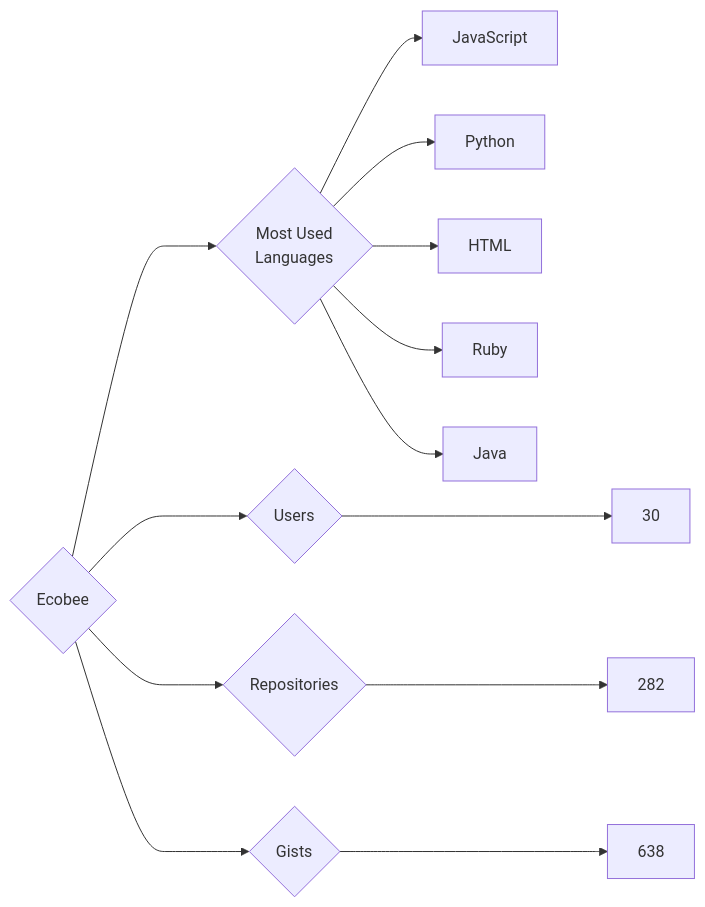
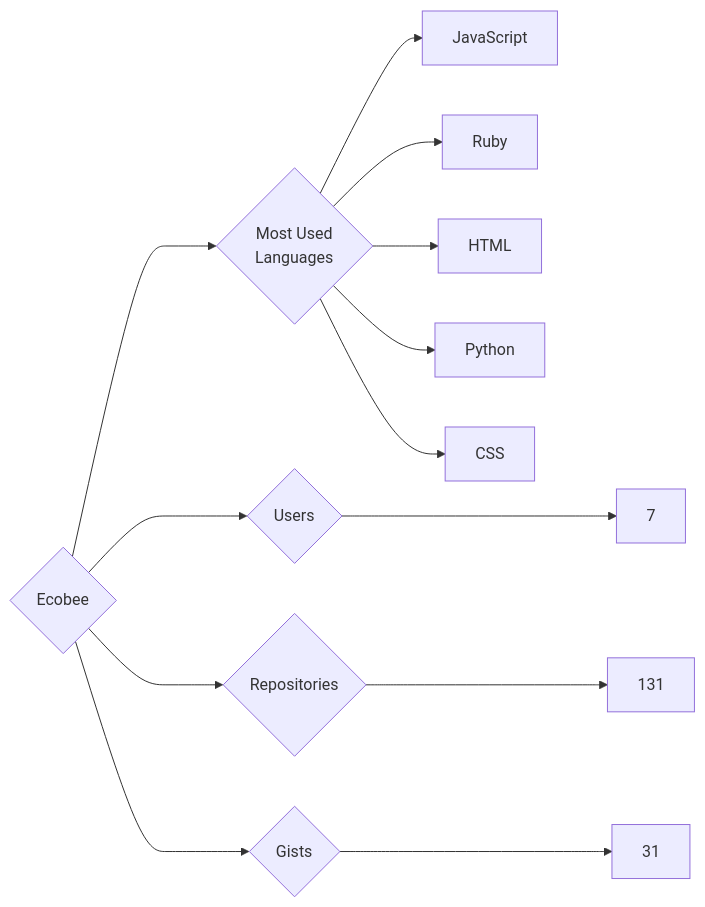
The diagram in targets/Ecobee/README.md (trickest/insiders), drawn with Mermaid before and after one commit. The commit also changed 1084 other files, not shown here.

````diff
--- a/targets/Ecobee/README.md
+++ b/targets/Ecobee/README.md
@@ -3,13 +3,13 @@
 ```mermaid
 graph LR
 COMPANY_NAME{Ecobee}
-COMPANY_NAME ---> U{Users} ---> UN[30]
-COMPANY_NAME ---> R{Repositories} ---> RN[282]
-COMPANY_NAME ---> G{Gists} ---> GN[638]
+COMPANY_NAME ---> U{Users} ---> UN[7]
+COMPANY_NAME ---> R{Repositories} ---> RN[131]
+COMPANY_NAME ---> G{Gists} ---> GN[31]
 COMPANY_NAME ---> ML{Most Used<br>Languages}
 ML --> JavaScript[JavaScript]
+ML --> Ruby[Ruby]
+ML --> HTML[HTML]
 ML --> Python[Python]
-ML --> HTML[HTML]
-ML --> Ruby[Ruby]
-ML --> Java[Java]
+ML --> CSS[CSS]
 ```
````
